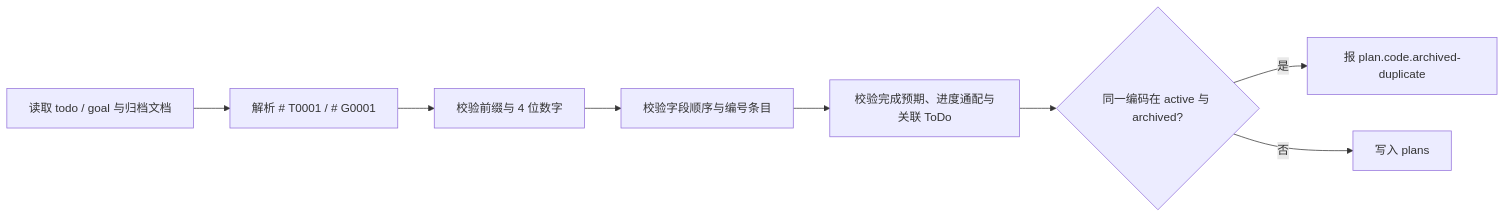
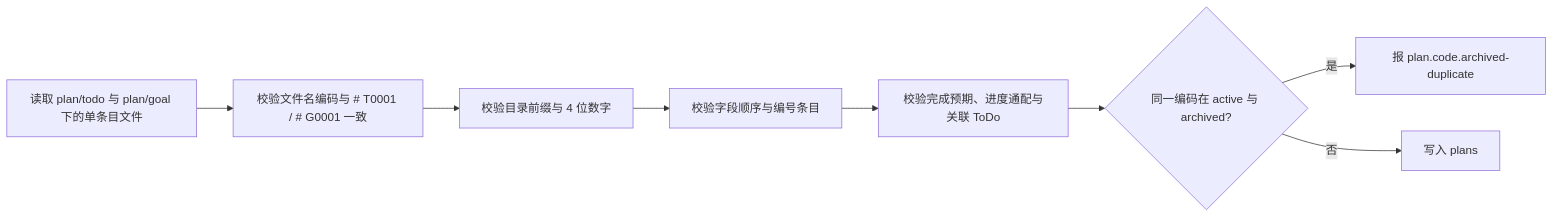
Before and after one commit to Cangjier/coder: the fifth of 10 diagrams in .coder/design/architecture.md, drawn with Mermaid. The commit also changed other lines of this file and 32 other files, not shown here.

````diff
--- a/.coder/design/architecture.md
+++ b/.coder/design/architecture.md
@@ -95,10 +95,10 @@
 ```mermaid
 flowchart LR
-  A[读取 todo / goal 与归档文档] --> B[解析 # T0001 / # G0001]
-  B --> C[校验前缀与 4 位数字]
+  A[读取 plan/todo 与 plan/goal 下的单条目文件] --> B[校验文件名编码与 # T0001 / # G0001 一致]
+  B --> C[校验目录前缀与 4 位数字]
   C --> D[校验字段顺序与编号条目]
   D --> E[校验完成预期、进度通配与关联 ToDo]
   E --> F{同一编码在 active 与 archived?}
   F -- 是 --> G[报 plan.code.archived-duplicate]
   F -- 否 --> H[写入 plans]
 ```
````
